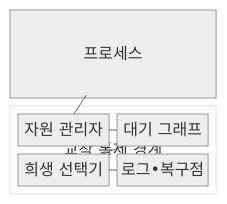
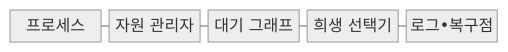
Before and after one commit to agnusdei1207/knowledge-base: the first of 2 diagrams in src/content/docs/notes/03-software/009_deadlock.md, drawn with Mermaid (neutral theme). The commit also changed other lines of this file and 493 other files, not shown here.

````diff
--- a/src/content/docs/notes/03-software/009_deadlock.md
+++ b/src/content/docs/notes/03-software/009_deadlock.md
@@ -67,16 +67,9 @@
 ```mermaid
-block
-    columns 1
-    P["프로세스"]
-    block:D["교착 통제 경계"]
-        columns 2
-        R["자원 관리자"]
-        G["대기 그래프"]
-        V["희생 선택기"]
-        L["로그•복구점"]
-    end
-    P --- R
-    R --- G
-    G --- V
-    V --- L
+block-beta
+  columns 5
+  P["프로세스"] R["자원 관리자"] G["대기 그래프"] V["희생 선택기"] L["로그•복구점"]
+  P --- R
+  R --- G
+  G --- V
+  V --- L
 ```
````
